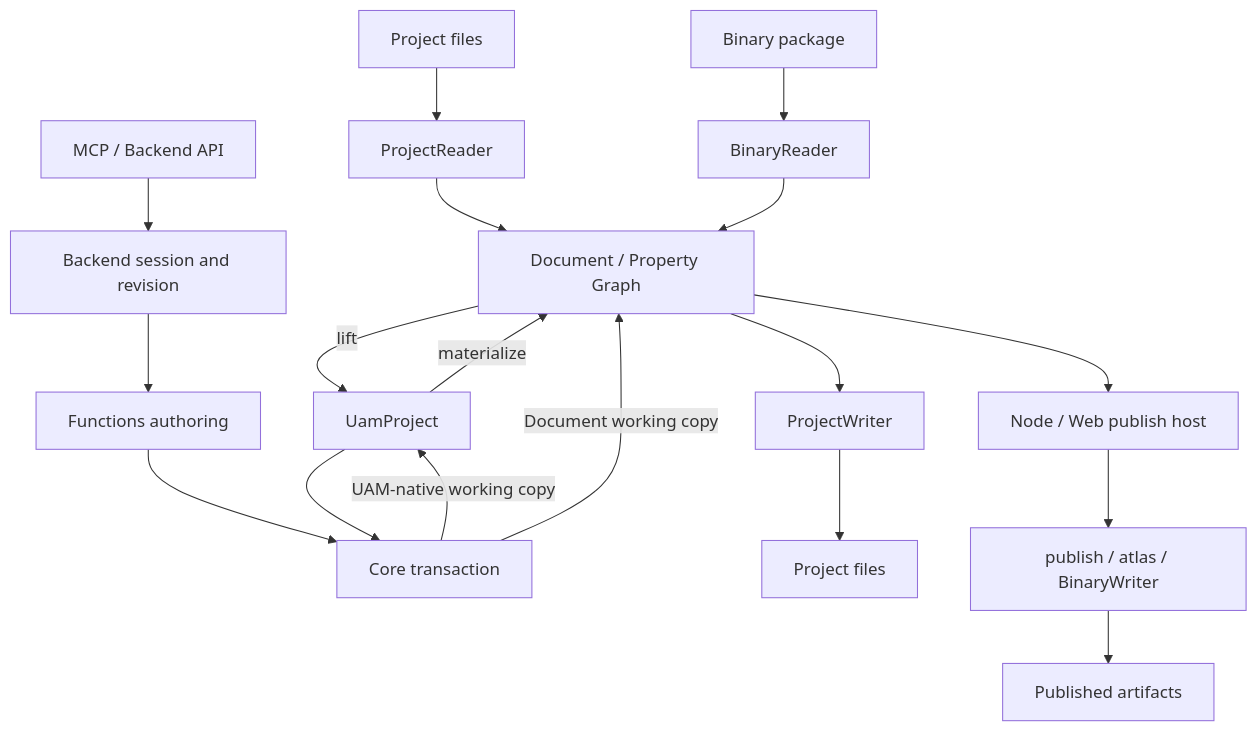
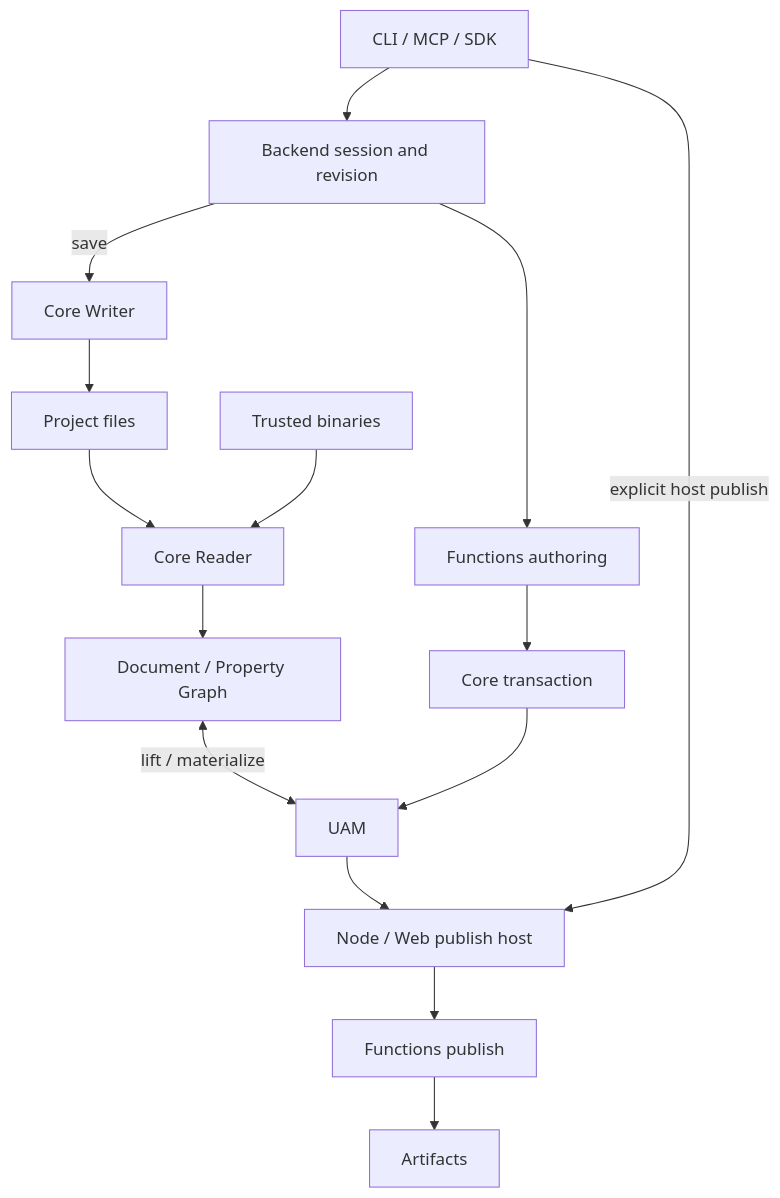
The diagram in docs/en/architecture-overview.md (OpenFairyGUI/OpenFairyGUI), drawn with Mermaid before and after one commit. The commit also changed other lines of this file and 199 other files, not shown here.

````diff
--- a/docs/en/architecture-overview.md
+++ b/docs/en/architecture-overview.md
@@ -36,14 +18,12 @@
 ```mermaid
 flowchart TD
-    SOURCE["Project files"] --> READER["ProjectReader"] --> DOC["Document / Property Graph"]
-    BINARY["Binary package"] --> BR["BinaryReader"] --> DOC
-    DOC -->|lift| UAM["UamProject"]
-    UAM -->|materialize| DOC
-    MCP["MCP / Backend API"] --> SESSION["Backend session and revision"]
-    SESSION --> APP["Functions authoring"] --> TX["Core transaction"]
-    UAM --> TX
-    TX -->|UAM-native working copy| UAM
-    TX -->|Document working copy| DOC
-    DOC --> WRITER["ProjectWriter"] --> OUTPUT["Project files"]
-    DOC --> HOST["Node / Web publish host"] --> PUBLISH["publish / atlas / BinaryWriter"] --> ART["Published artifacts"]
+    XML[Project files] --> Reader[Core Reader] --> Document[Document / Property Graph]
+    Binary[Trusted binaries] --> Reader
+    Document <-->|lift / materialize| UAM[UAM]
+    Client[CLI / MCP / SDK] --> Session[Backend session and revision]
+    Session --> Functions[Functions authoring] --> Transaction[Core transaction]
+    Transaction --> UAM
+    Session -->|save| Writer[Core Writer] --> XML
+    UAM --> Host[Node / Web publish host] --> Publish[Functions publish] --> Artifacts[Artifacts]
+    Client -->|explicit host publish| Host
 ```
````
